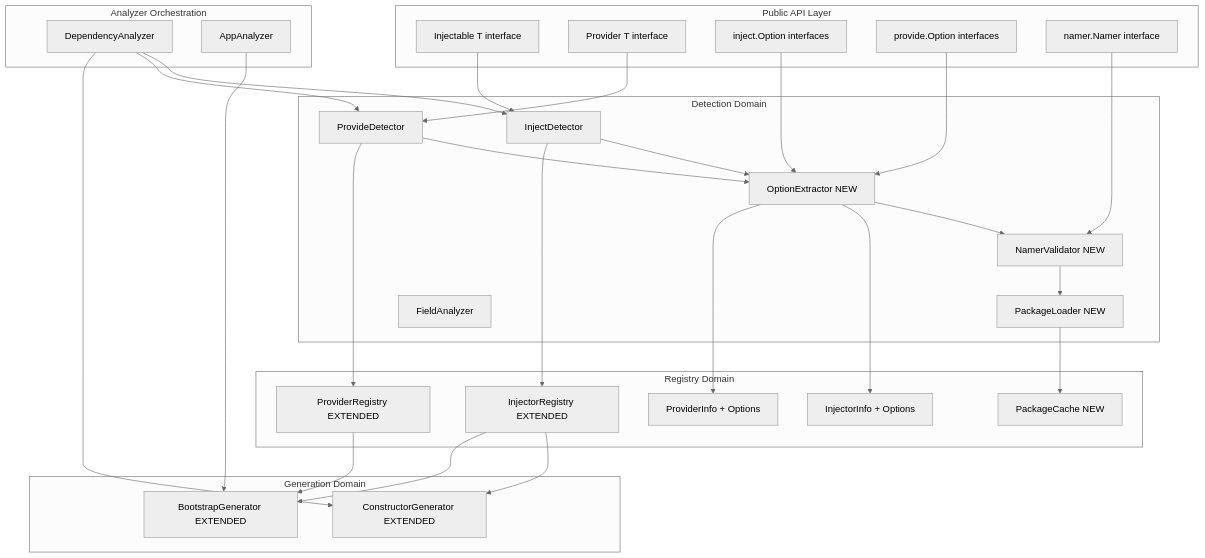
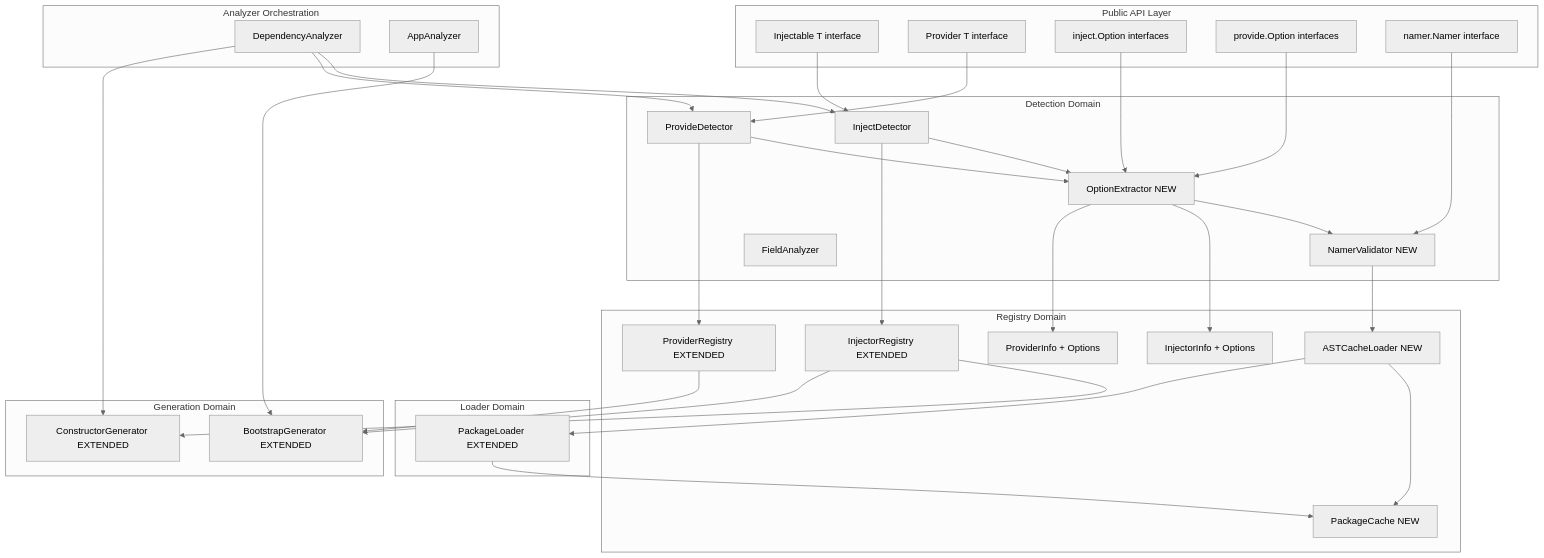
One commit to miyamo2/braider changed the first of 4 diagrams in .kiro/specs/refine-annotation/design.md. Above: the diagram before and after it, drawn with Mermaid (neutral theme). The commit also changed other lines of this file and 4 other files, not shown here.

First line of the commit message:
refactor(loader): Simplify architecture by consolidating caching in PackageLoader

````diff
--- a/.kiro/specs/refine-annotation/design.md
+++ b/.kiro/specs/refine-annotation/design.md
@@ -65,63 +65,69 @@
 ```mermaid
 graph TB
     subgraph Public_API[Public API Layer]
         Injectable[Injectable T interface]
         Provider[Provider T interface]
         InjectOpts[inject.Option interfaces]
         ProvideOpts[provide.Option interfaces]
         Namer[namer.Namer interface]
     end
 
     subgraph Detection[Detection Domain]
         InjectDetector[InjectDetector]
         ProvideDetector[ProvideDetector]
         OptionExtractor[OptionExtractor NEW]
         NamerValidator[NamerValidator NEW]
-        PackageLoader[PackageLoader NEW]
         FieldAnalyzer[FieldAnalyzer]
+    end
+
+    subgraph Loader[Loader Domain]
+        PackageLoader[PackageLoader EXTENDED]
     end
 
     subgraph Registry[Registry Domain]
         InjectorRegistry[InjectorRegistry EXTENDED]
         ProviderRegistry[ProviderRegistry EXTENDED]
         PackageCache[PackageCache NEW]
+        ASTCacheLoader[ASTCacheLoader NEW]
         InjectorInfo[InjectorInfo + Options]
         ProviderInfo[ProviderInfo + Options]
     end
 
     subgraph Generation[Generation Domain]
         ConstructorGen[ConstructorGenerator EXTENDED]
         BootstrapGen[BootstrapGenerator EXTENDED]
     end
 
     subgraph Analyzers[Analyzer Orchestration]
         DependencyAnalyzer[DependencyAnalyzer]
         AppAnalyzer[AppAnalyzer]
     end
 
     Injectable --> InjectDetector
     Provider --> ProvideDetector
     InjectOpts --> OptionExtractor
     ProvideOpts --> OptionExtractor
     Namer --> NamerValidator
 
     InjectDetector --> OptionExtractor
     ProvideDetector --> OptionExtractor
     OptionExtractor --> NamerValidator
-    NamerValidator --> PackageLoader
+    NamerValidator --> ASTCacheLoader
+    ASTCacheLoader --> PackageCache
+    ASTCacheLoader --> PackageLoader
     PackageLoader --> PackageCache
 
     InjectDetector --> InjectorRegistry
     ProvideDetector --> ProviderRegistry
     OptionExtractor --> InjectorInfo
     OptionExtractor --> ProviderInfo
 
     InjectorRegistry --> ConstructorGen
     InjectorRegistry --> BootstrapGen
     ProviderRegistry --> BootstrapGen
 
     DependencyAnalyzer --> InjectDetector
     DependencyAnalyzer --> ProvideDetector
     DependencyAnalyzer --> ConstructorGen
     AppAnalyzer --> BootstrapGen
 ```
````
